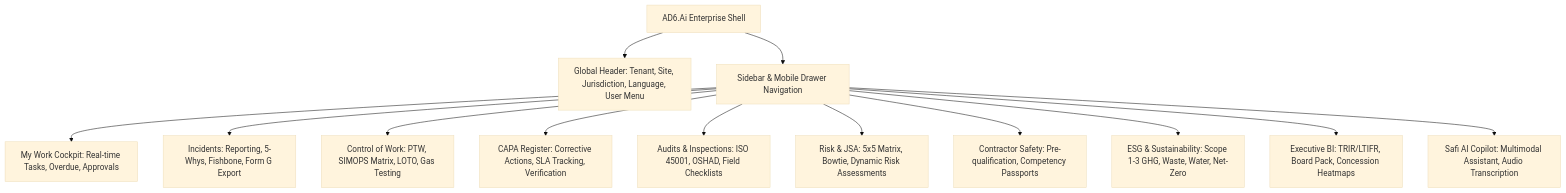
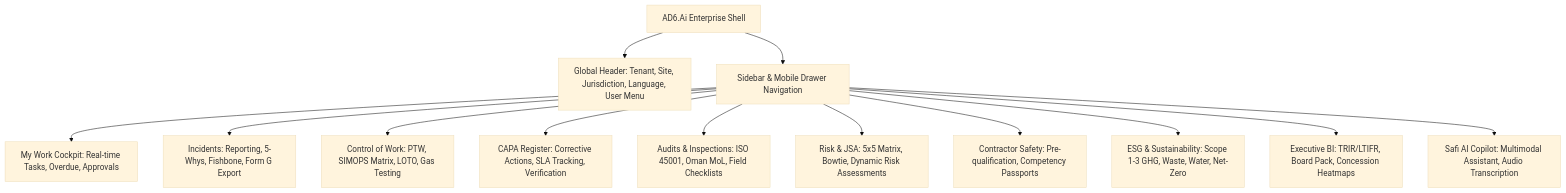
The diagram in docs/DESIGN.md (Mdh98123/Demo-Prototype-of-AD6.Ai-Smart-HSE-), drawn with Mermaid (base theme) before and after one commit. The commit also changed 136 other files, not shown here.

````diff
--- a/docs/DESIGN.md
+++ b/docs/DESIGN.md
@@ -70,17 +70,17 @@
 ```mermaid
 graph TD
     Root[AD6.Ai Enterprise Shell]
     Root --> TopBar[Global Header: Tenant, Site, Jurisdiction, Language, User Menu]
     Root --> Nav[Sidebar & Mobile Drawer Navigation]
     
     Nav --> M1[My Work Cockpit: Real-time Tasks, Overdue, Approvals]
     Nav --> M2[Incidents: Reporting, 5-Whys, Fishbone, Form G Export]
     Nav --> M3[Control of Work: PTW, SIMOPS Matrix, LOTO, Gas Testing]
     Nav --> M4[CAPA Register: Corrective Actions, SLA Tracking, Verification]
-    Nav --> M5[Audits & Inspections: ISO 45001, OSHAD, Field Checklists]
+    Nav --> M5[Audits & Inspections: ISO 45001, Oman MoL, Field Checklists]
     Nav --> M6[Risk & JSA: 5x5 Matrix, Bowtie, Dynamic Risk Assessments]
     Nav --> M7[Contractor Safety: Pre-qualification, Competency Passports]
     Nav --> M8[ESG & Sustainability: Scope 1-3 GHG, Waste, Water, Net-Zero]
     Nav --> M9[Executive BI: TRIR/LTIFR, Board Pack, Concession Heatmaps]
     Nav --> M10[Safi AI Copilot: Multimodal Assistant, Audio Transcription]
 ```
````
